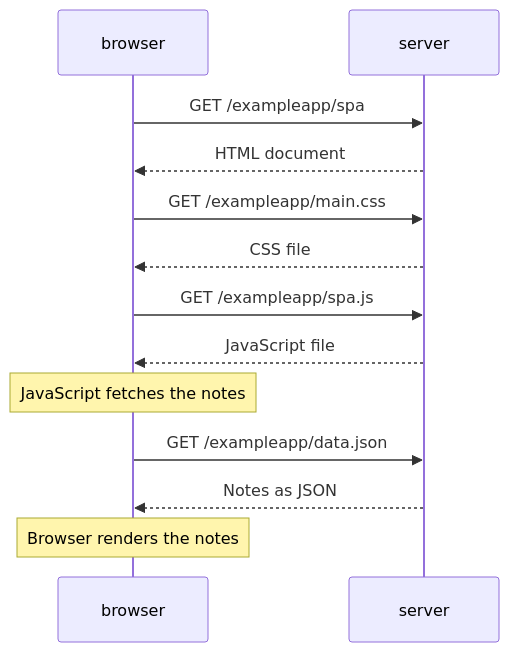
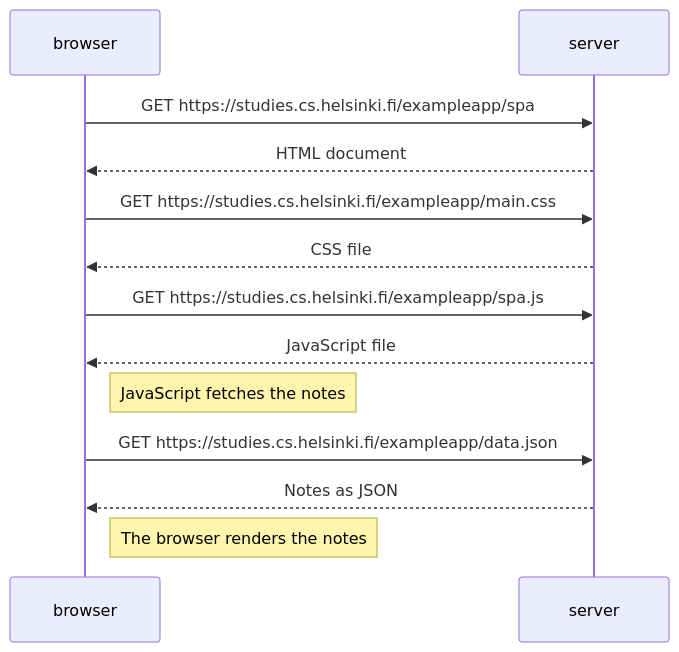
Before and after one commit to IngaBuniatyan/fullstackopen: the second of 3 diagrams in part0/README.md, drawn with Mermaid. The commit also changed other lines of this file and 1 other file, not shown here.

````diff
--- a/part0/README.md
+++ b/part0/README.md
@@ -25,16 +29,17 @@
 ```mermaid
 sequenceDiagram
     participant browser
     participant server
 
-    browser->>server: GET /exampleapp/spa
+    browser->>server: GET https://studies.cs.helsinki.fi/exampleapp/spa
     server-->>browser: HTML document
-    browser->>server: GET /exampleapp/main.css
+    browser->>server: GET https://studies.cs.helsinki.fi/exampleapp/main.css
     server-->>browser: CSS file
-    browser->>server: GET /exampleapp/spa.js
+    browser->>server: GET https://studies.cs.helsinki.fi/exampleapp/spa.js
     server-->>browser: JavaScript file
-    Note over browser: JavaScript fetches the notes
-    browser->>server: GET /exampleapp/data.json
+
+    Note right of browser: JavaScript fetches the notes
+    browser->>server: GET https://studies.cs.helsinki.fi/exampleapp/data.json
     server-->>browser: Notes as JSON
-    Note over browser: Browser renders the notes
+    Note right of browser: The browser renders the notes
 ```
````
